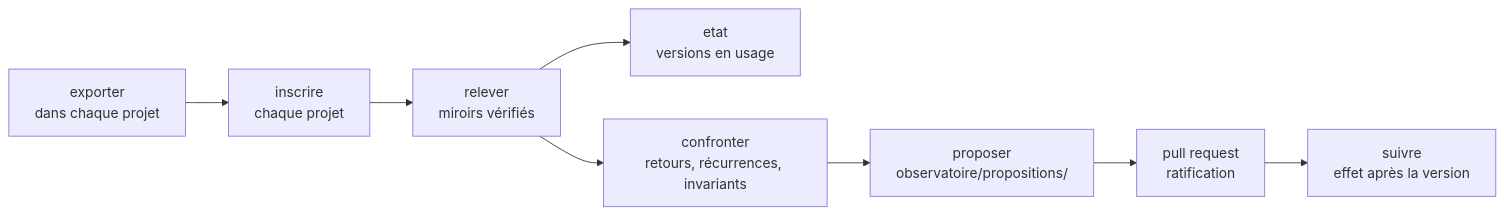
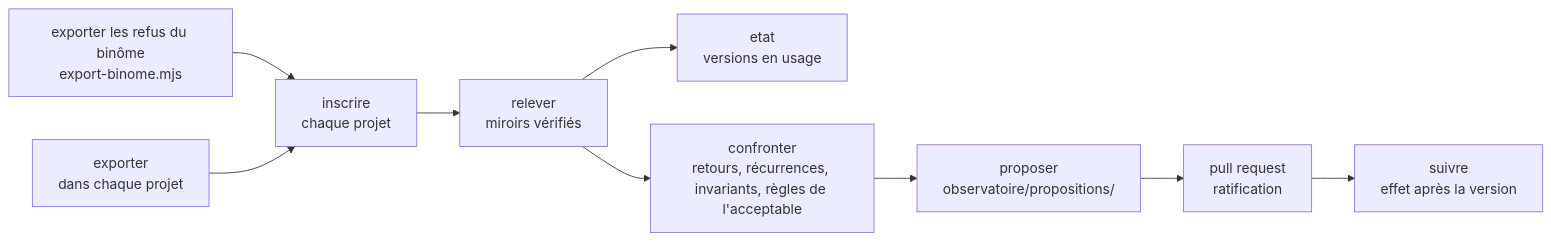
Before and after one commit to FredGarcia/Agent2Prompt: the diagram in docs/observatoire/mode-emploi.md, drawn with Mermaid. The commit also changed other lines of this file and 98 other files, not shown here.

````diff
--- a/docs/observatoire/mode-emploi.md
+++ b/docs/observatoire/mode-emploi.md
@@ -5,10 +5,11 @@
 ```mermaid
 flowchart LR
+  B["exporter les refus du binôme<br/>export-binome.mjs"] --> I
   E["exporter<br/>dans chaque projet"] --> I["inscrire<br/>chaque projet"]
   I --> R["relever<br/>miroirs vérifiés"]
   R --> T["etat<br/>versions en usage"]
-  R --> C["confronter<br/>retours, récurrences, invariants"]
+  R --> C["confronter<br/>retours, récurrences, invariants, règles de l'acceptable"]
   C --> P["proposer<br/>observatoire/propositions/"]
   P --> PR["pull request<br/>ratification"]
   PR --> S["suivre<br/>effet après la version"]
 ```
````
